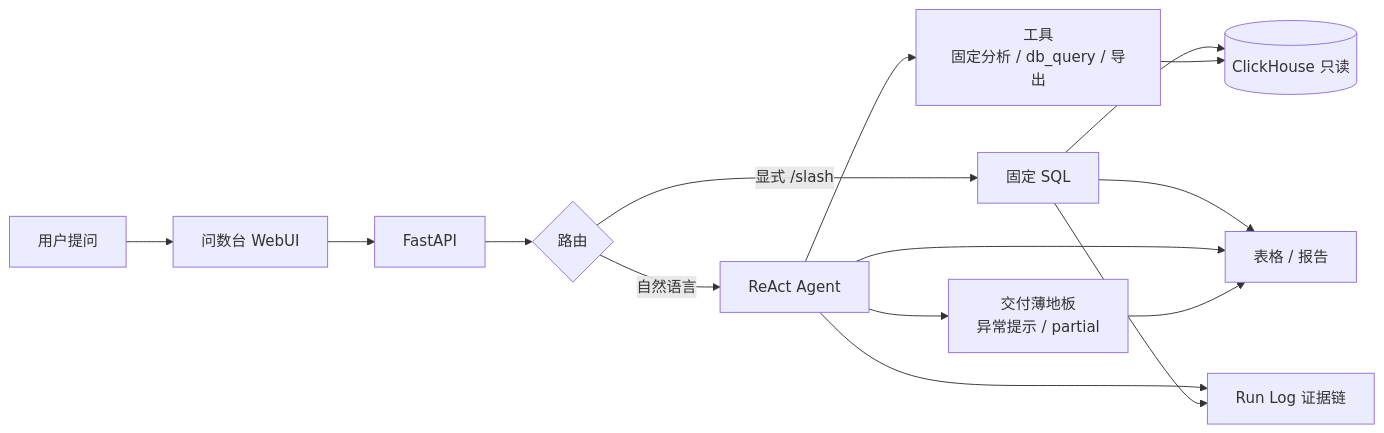
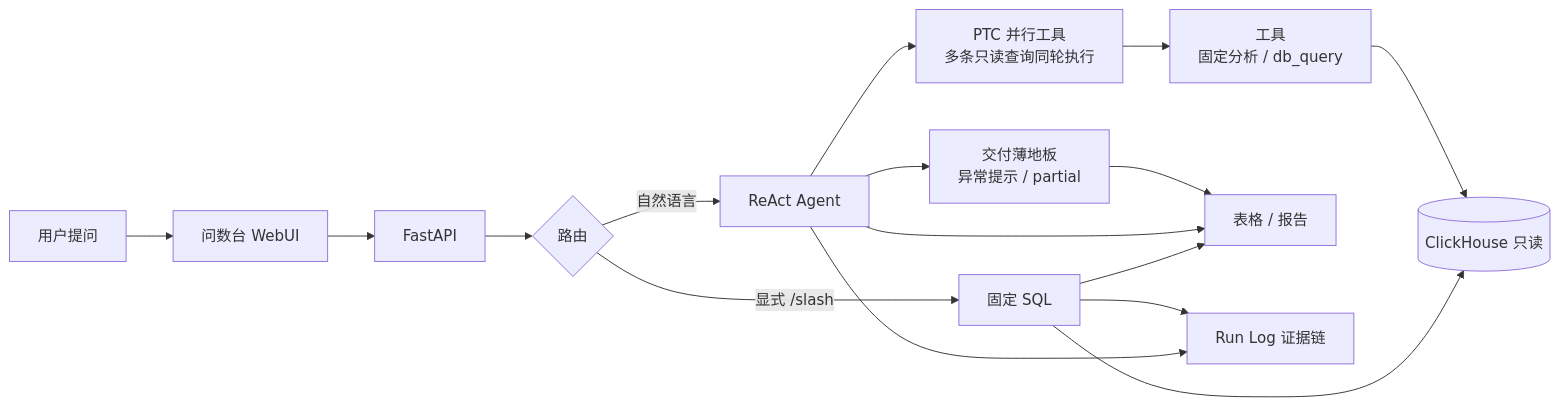
The diagram in README.md (Jehuty-ML/nl2sql-agent), drawn with Mermaid before and after one commit. The commit also changed other lines of this file and 7 other files, not shown here.

````diff
--- a/README.md
+++ b/README.md
@@ -54,17 +58,18 @@
 ```mermaid
 flowchart LR
   U[用户提问] --> UI[问数台 WebUI]
   UI --> API[FastAPI]
   API --> R{路由}
   R -->|显式 /slash| FX[固定 SQL]
   R -->|自然语言| AG[ReAct Agent]
-  AG --> T[工具<br/>固定分析 / db_query / 导出]
+  AG --> PTC[PTC 并行工具<br/>多条只读查询同轮执行]
+  PTC --> T[工具<br/>固定分析 / db_query]
   FX --> CH[(ClickHouse 只读)]
   T --> CH
   FX --> OUT[表格 / 报告]
   AG --> OUT
   AG --> LOG[Run Log 证据链]
   FX --> LOG
   AG --> FL[交付薄地板<br/>异常提示 / partial]
   FL --> OUT
 ```
````
